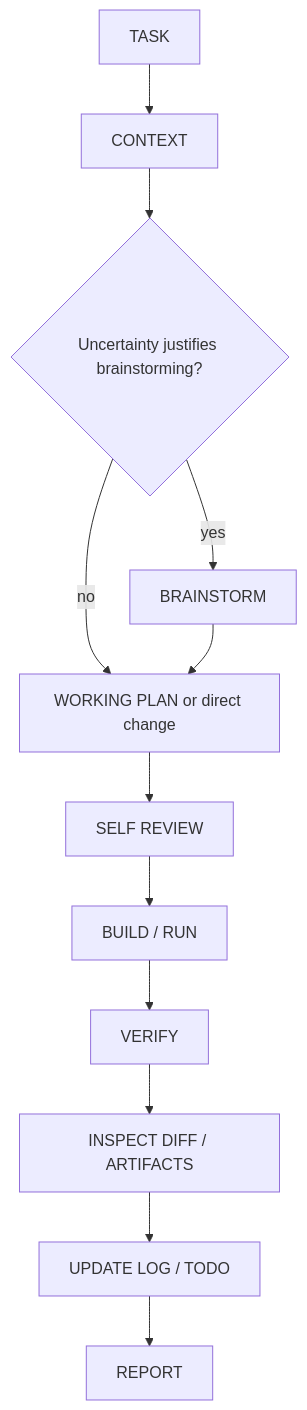
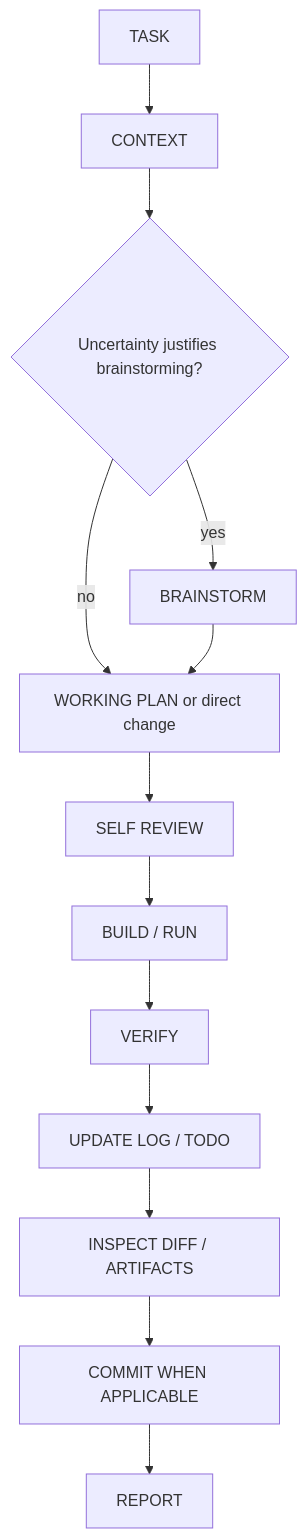
One commit to daoyezongzi/Janus changed the diagram in README.md. Above: the diagram before and after it, drawn with Mermaid. The commit also changed other lines of this file and 6 other files, not shown here.

````diff
--- a/README.md
+++ b/README.md
@@ -38,14 +38,15 @@
 ```mermaid
 flowchart TD
     A["TASK"] --> B["CONTEXT"]
     B --> C{"Uncertainty justifies brainstorming?"}
     C -->|"no"| D["WORKING PLAN or direct change"]
     C -->|"yes"| E["BRAINSTORM"]
     E --> D
     D --> F["SELF REVIEW"]
     F --> G["BUILD / RUN"]
     G --> H["VERIFY"]
-    H --> I["INSPECT DIFF / ARTIFACTS"]
-    I --> J["UPDATE LOG / TODO"]
-    J --> K["REPORT"]
+    H --> I["UPDATE LOG / TODO"]
+    I --> J["INSPECT DIFF / ARTIFACTS"]
+    J --> K["COMMIT WHEN APPLICABLE"]
+    K --> L["REPORT"]
 ```
````
